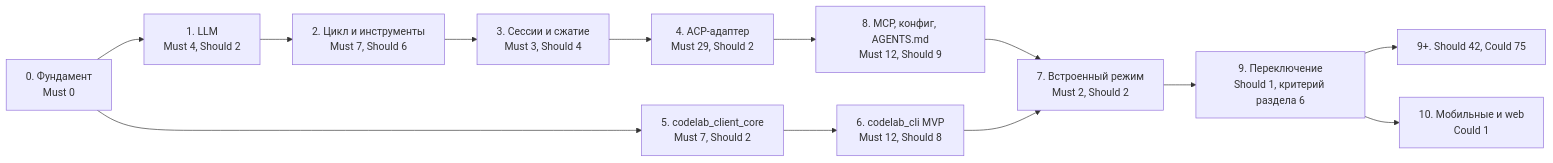
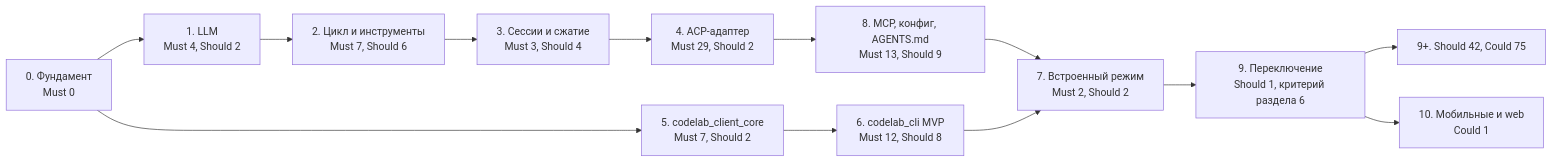
The second of 2 diagrams in docs/architecture/proposals/agent-parity-goals.md (pese-git/codelab-app), drawn with Mermaid before and after one commit. The commit also changed other lines of this file and 1 other file, not shown here.

Commit message:
docs: доказательства Must этапов 1–6 по аудиту M2; разделить R-02 (cwd — этап 4, mcpServers — R-24, этап 8)

````diff
--- a/docs/architecture/proposals/agent-parity-goals.md
+++ b/docs/architecture/proposals/agent-parity-goals.md
@@ -1080,15 +1082,15 @@
 ```mermaid
 flowchart LR
     S0["0. Фундамент<br/>Must 0"] --> S1["1. LLM<br/>Must 4, Should 2"]
     S1 --> S2["2. Цикл и инструменты<br/>Must 7, Should 6"]
     S2 --> S3["3. Сессии и сжатие<br/>Must 3, Should 4"]
     S3 --> S4["4. ACP-адаптер<br/>Must 29, Should 2"]
     S0 --> S5["5. codelab_client_core<br/>Must 7, Should 2"]
     S5 --> S6["6. codelab_cli MVP<br/>Must 12, Should 8"]
     S8 --> S7["7. Встроенный режим<br/>Must 2, Should 2"]
     S6 --> S7
-    S4 --> S8["8. MCP, конфиг, AGENTS.md<br/>Must 12, Should 9"]
+    S4 --> S8["8. MCP, конфиг, AGENTS.md<br/>Must 13, Should 9"]
     S7 --> S9["9. Переключение<br/>Should 1, критерий раздела 6"]
     S9 --> SN["9+. Should 42, Could 75"]
     S9 --> S10["10. Мобильные и web<br/>Could 1"]
 ```
````
